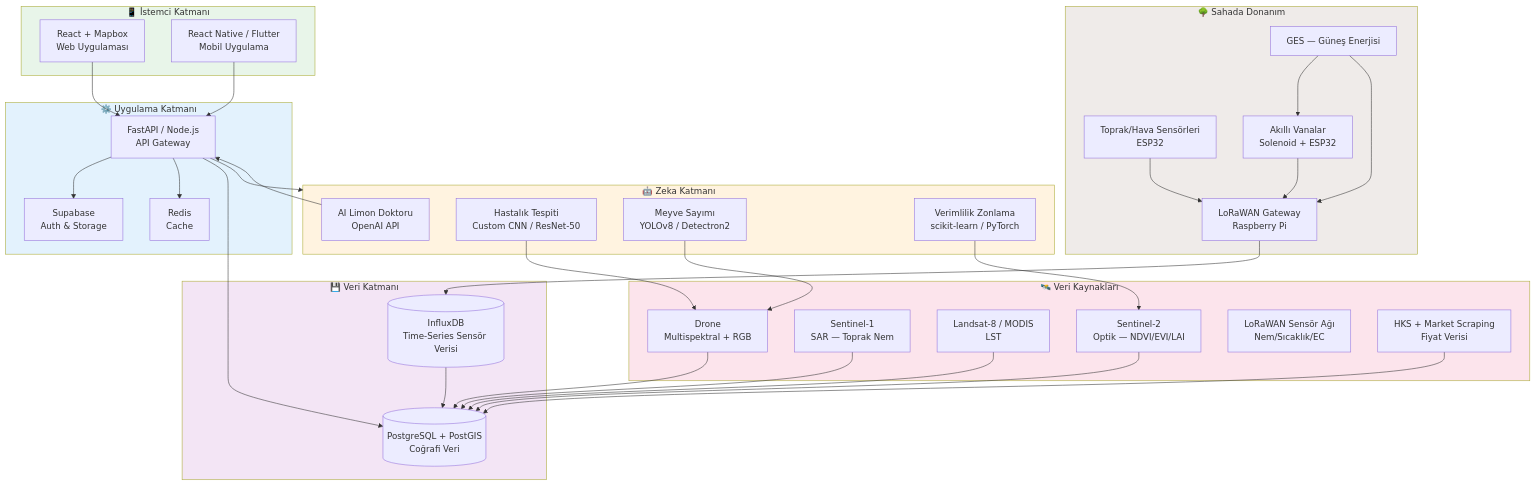
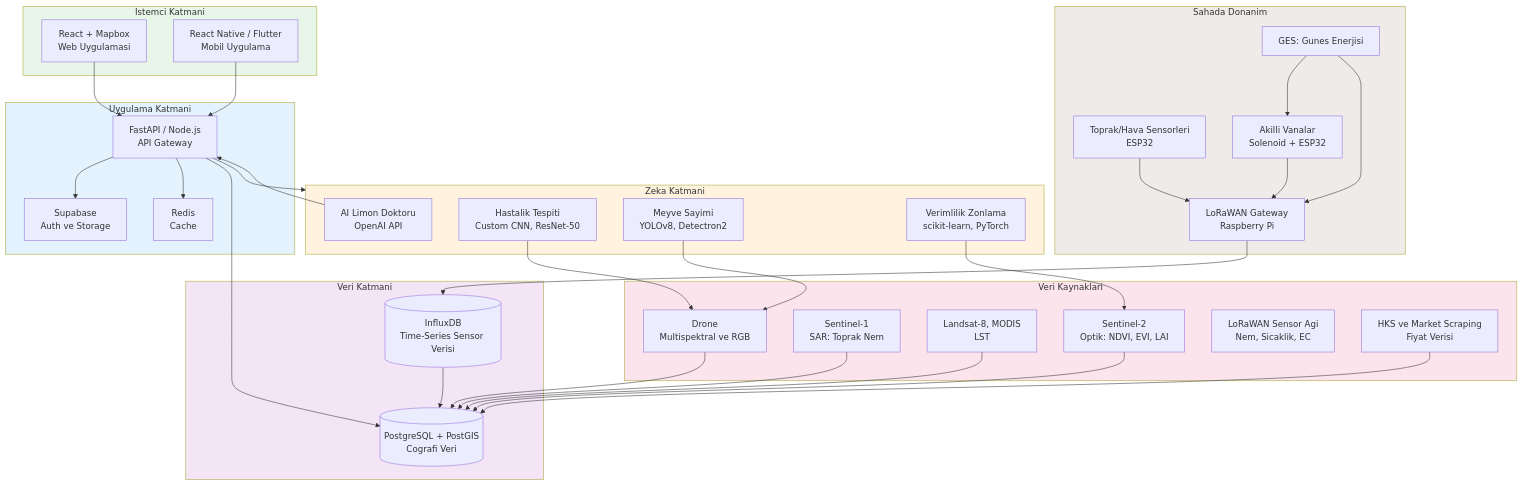
Before and after one commit to hhalilikurnaz/griOS-Telemetry-System: the first of 5 diagrams in README.md, drawn with Mermaid. The commit also changed other lines of this file, not shown here.

````diff
--- a/README.md
+++ b/README.md
@@ -66,73 +111,73 @@
 ```mermaid
 graph TB
-    subgraph Client["📱 İstemci Katmanı"]
-        WEB[React + Mapbox<br/>Web Uygulaması]
-        MOBILE[React Native / Flutter<br/>Mobil Uygulama]
+    subgraph Client["Istemci Katmani"]
+        WEB["React + Mapbox<br/>Web Uygulamasi"]
+        MOBILE["React Native / Flutter<br/>Mobil Uygulama"]
     end
 
-    subgraph API["⚙️ Uygulama Katmanı"]
-        GW[FastAPI / Node.js<br/>API Gateway]
-        AUTH[Supabase<br/>Auth & Storage]
-        CACHE[Redis<br/>Cache]
+    subgraph API["Uygulama Katmani"]
+        GW["FastAPI / Node.js<br/>API Gateway"]
+        AUTH["Supabase<br/>Auth ve Storage"]
+        CACHE["Redis<br/>Cache"]
     end
 
-    subgraph AI["🤖 Zeka Katmanı"]
-        CHATBOT[AI Limon Doktoru<br/>OpenAI API]
-        CNN[Hastalık Tespiti<br/>Custom CNN / ResNet-50]
-        YOLO[Meyve Sayımı<br/>YOLOv8 / Detectron2]
-        ZONE[Verimlilik Zonlama<br/>scikit-learn / PyTorch]
+    subgraph AI["Zeka Katmani"]
+        CHATBOT["AI Limon Doktoru<br/>OpenAI API"]
+        CNN["Hastalik Tespiti<br/>Custom CNN, ResNet-50"]
+        YOLO["Meyve Sayimi<br/>YOLOv8, Detectron2"]
+        ZONE["Verimlilik Zonlama<br/>scikit-learn, PyTorch"]
     end
 
-    subgraph Data["🛰️ Veri Kaynakları"]
-        S2[Sentinel-2<br/>Optik — NDVI/EVI/LAI]
-        S1[Sentinel-1<br/>SAR — Toprak Nem]
-        LANDSAT[Landsat-8 / MODIS<br/>LST]
-        DRONE[Drone<br/>Multispektral + RGB]
-        IOT[LoRaWAN Sensör Ağı<br/>Nem/Sıcaklık/EC]
-        MARKET[HKS + Market Scraping<br/>Fiyat Verisi]
+    subgraph Data["Veri Kaynaklari"]
+        S2["Sentinel-2<br/>Optik: NDVI, EVI, LAI"]
+        S1["Sentinel-1<br/>SAR: Toprak Nem"]
+        LANDSAT["Landsat-8, MODIS<br/>LST"]
+        DRONE["Drone<br/>Multispektral ve RGB"]
+        IOT["LoRaWAN Sensor Agi<br/>Nem, Sicaklik, EC"]
+        MARKET["HKS ve Market Scraping<br/>Fiyat Verisi"]
     end
 
-    subgraph Storage["💾 Veri Katmanı"]
-        PG[(PostgreSQL + PostGIS<br/>Coğrafi Veri)]
-        INFLUX[(InfluxDB<br/>Time-Series Sensör Verisi)]
+    subgraph Storage["Veri Katmani"]
+        PG[("PostgreSQL + PostGIS<br/>Cografi Veri")]
+        INFLUX[("InfluxDB<br/>Time-Series Sensor Verisi")]
     end
 
-    subgraph Field["🌳 Sahada Donanım"]
-        GATEWAY[LoRaWAN Gateway<br/>Raspberry Pi]
-        SENSOR[Toprak/Hava Sensörleri<br/>ESP32]
-        VALVE[Akıllı Vanalar<br/>Solenoid + ESP32]
-        SOLAR[GES — Güneş Enerjisi]
+    subgraph Field["Sahada Donanim"]
+        GATEWAY["LoRaWAN Gateway<br/>Raspberry Pi"]
+        SENSOR["Toprak/Hava Sensorleri<br/>ESP32"]
+        VALVE["Akilli Vanalar<br/>Solenoid + ESP32"]
+        SOLAR["GES: Gunes Enerjisi"]
     end
 
     WEB --> GW
     MOBILE --> GW
     GW --> AUTH
     GW --> CACHE
     GW --> AI
     GW --> PG
 
     CHATBOT --> GW
     CNN --> DRONE
     YOLO --> DRONE
     ZONE --> S2
 
     S2 --> PG
     S1 --> PG
     LANDSAT --> PG
     DRONE --> PG
     MARKET --> PG
 
     SENSOR --> GATEWAY
     GATEWAY --> INFLUX
     INFLUX --> PG
     VALVE --> GATEWAY
     SOLAR --> VALVE
     SOLAR --> GATEWAY
 
     style Client fill:#e8f5e9
     style API fill:#e3f2fd
     style AI fill:#fff3e0
     style Data fill:#fce4ec
     style Storage fill:#f3e5f5
     style Field fill:#efebe9
 ```
````
